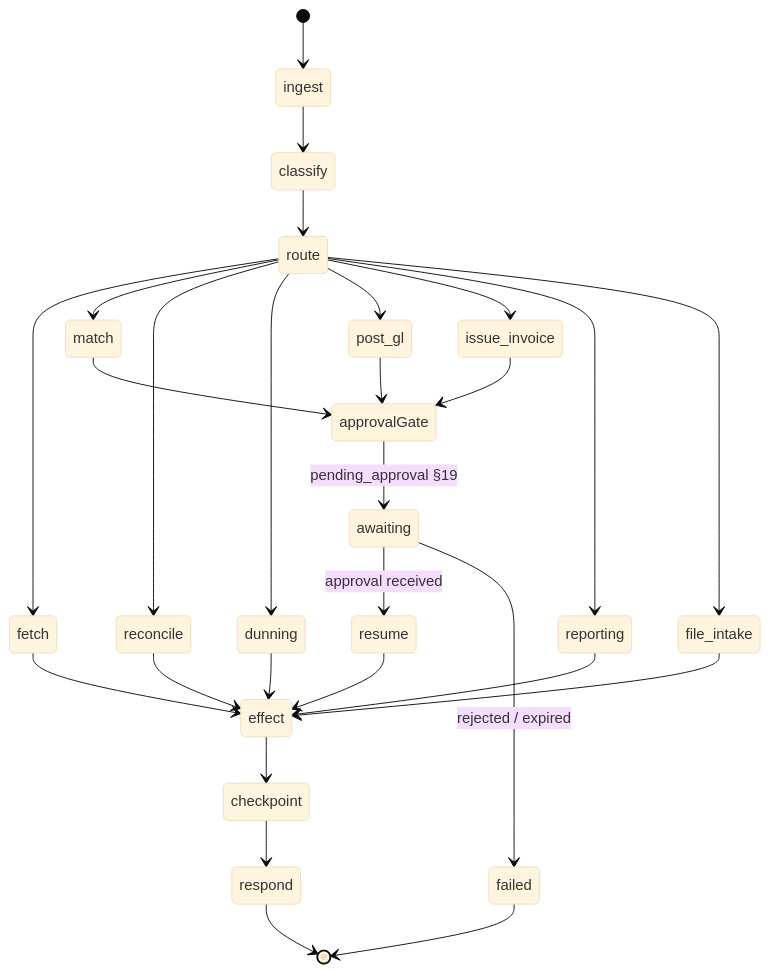
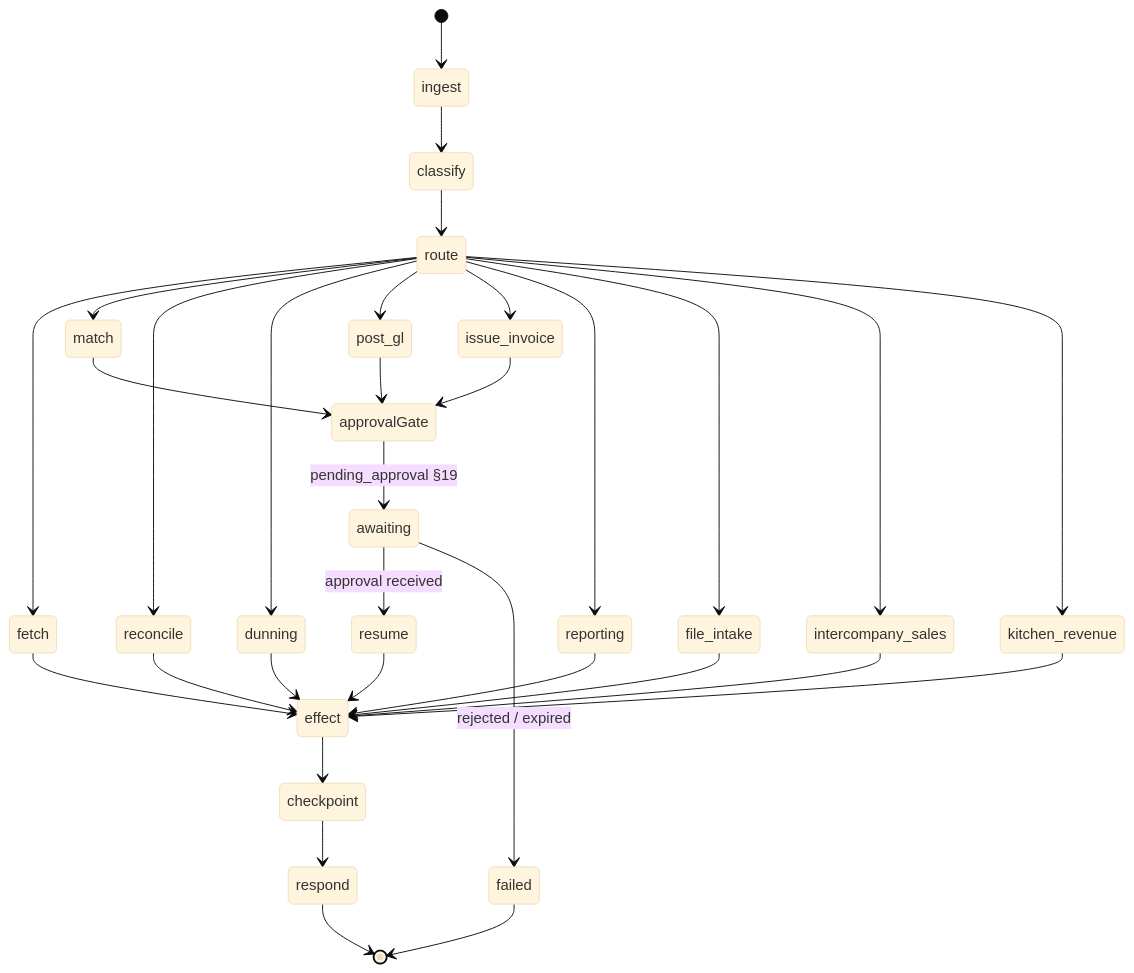
One commit to ugenkudupudiqbnox/ai-platform changed the third of 10 diagrams in docs/cosmic-ar-architecture.md. Above: the diagram before and after it, drawn with Mermaid (base theme). The commit also changed other lines of this file and 25 other files, not shown here.

````diff
--- a/docs/cosmic-ar-architecture.md
+++ b/docs/cosmic-ar-architecture.md
@@ -156,30 +179,34 @@
 ```mermaid
 stateDiagram-v2
   [*] --> ingest
   ingest --> classify
   classify --> route
   route --> fetch
   route --> match
   route --> reconcile
   route --> dunning
   route --> post_gl
   route --> issue_invoice
   route --> reporting
   route --> file_intake
+  route --> intercompany_sales
+  route --> kitchen_revenue
   match --> approvalGate
   post_gl --> approvalGate
   issue_invoice --> approvalGate
   approvalGate --> awaiting: pending_approval §19
   awaiting --> resume: approval received
   resume --> effect
   fetch --> effect
   file_intake --> effect
+  intercompany_sales --> effect
+  kitchen_revenue --> effect
   reconcile --> effect
   dunning --> effect
   reporting --> effect
   effect --> checkpoint
   checkpoint --> respond
   respond --> [*]
   awaiting --> failed: rejected / expired
   failed --> [*]
 ```
````
